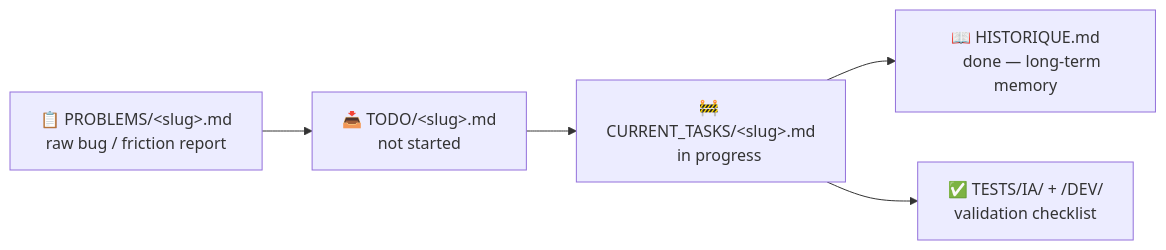
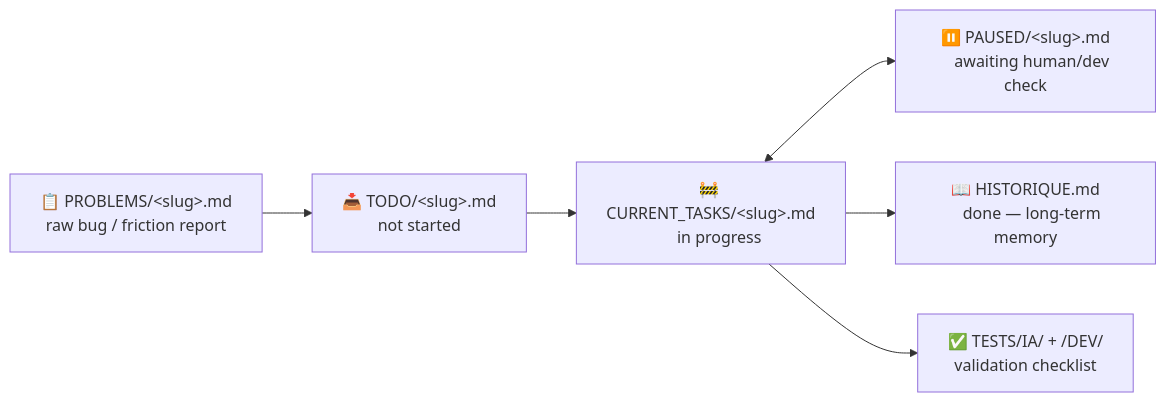
Before and after one commit to Nakken13/claude-crew: the diagram in README.md, drawn with Mermaid. The commit also changed other lines of this file and 20 other files, not shown here.

````diff
--- a/README.md
+++ b/README.md
@@ -48,12 +55,14 @@
 ```mermaid
 flowchart LR
     A["📋 PROBLEMS/&lt;slug&gt;.md
     raw bug / friction report"] --> B["📥 TODO/&lt;slug&gt;.md
     not started"]
     B --> C["🚧 CURRENT_TASKS/&lt;slug&gt;.md
     in progress"]
+    C <--> P["⏸️ PAUSED/&lt;slug&gt;.md
+    awaiting human/dev check"]
     C --> D["📖 HISTORIQUE.md
     done — long-term memory"]
     C --> E["✅ TESTS/IA/ + /DEV/
     validation checklist"]
 ```
````
